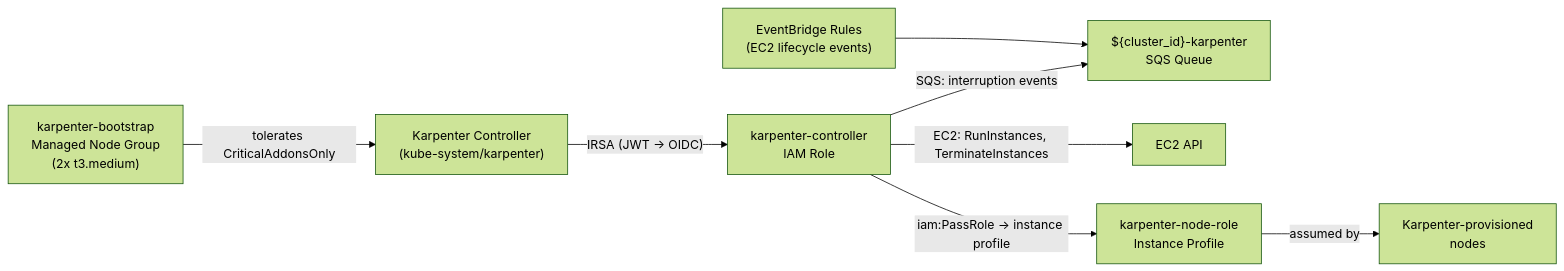
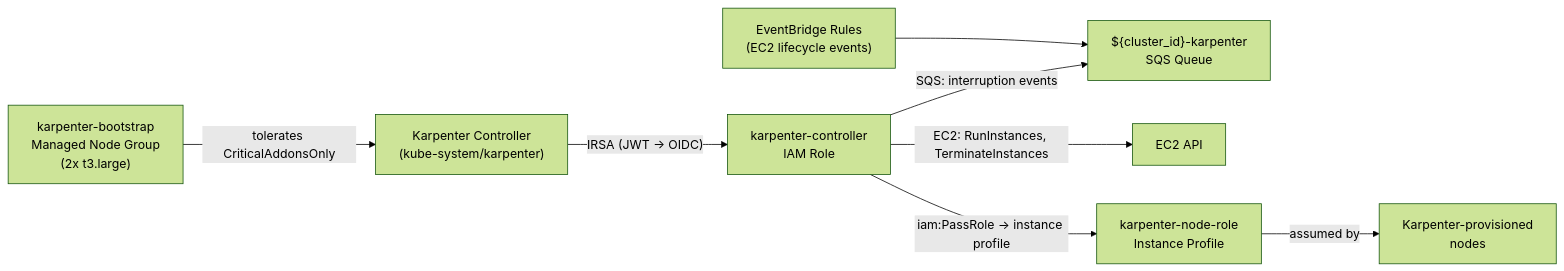
The diagram in docs/design/karpenter-node-provisioning.md (rosa-regional-platform-ci/rosa-hyperfleet), drawn with Mermaid (forest theme) before and after one commit. The commit also changed other lines of this file, not shown here.

First line of the commit message:
docs: correct karpenter-node-provisioning.md against current implementation

````diff
--- a/docs/design/karpenter-node-provisioning.md
+++ b/docs/design/karpenter-node-provisioning.md
@@ -39,10 +41,10 @@
 ```mermaid
 graph LR
     KC["Karpenter Controller\n(kube-system/karpenter)"] -->|"IRSA (JWT → OIDC)"| KCR["karpenter-controller\nIAM Role"]
     KCR -->|"SQS: interruption events"| SQS["${cluster_id}-karpenter\nSQS Queue"]
     KCR -->|"EC2: RunInstances, TerminateInstances"| EC2["EC2 API"]
     KCR -->|"iam:PassRole → instance profile"| KNR["karpenter-node-role\nInstance Profile"]
     KNR -->|"assumed by"| KN["Karpenter-provisioned\nnodes"]
-    BNG["karpenter-bootstrap\nManaged Node Group\n(2x t3.medium)"] -->|"tolerates CriticalAddonsOnly"| KC
+    BNG["karpenter-bootstrap\nManaged Node Group\n(2x t3.large)"] -->|"tolerates CriticalAddonsOnly"| KC
     EB["EventBridge Rules\n(EC2 lifecycle events)"] --> SQS
 ```
````
